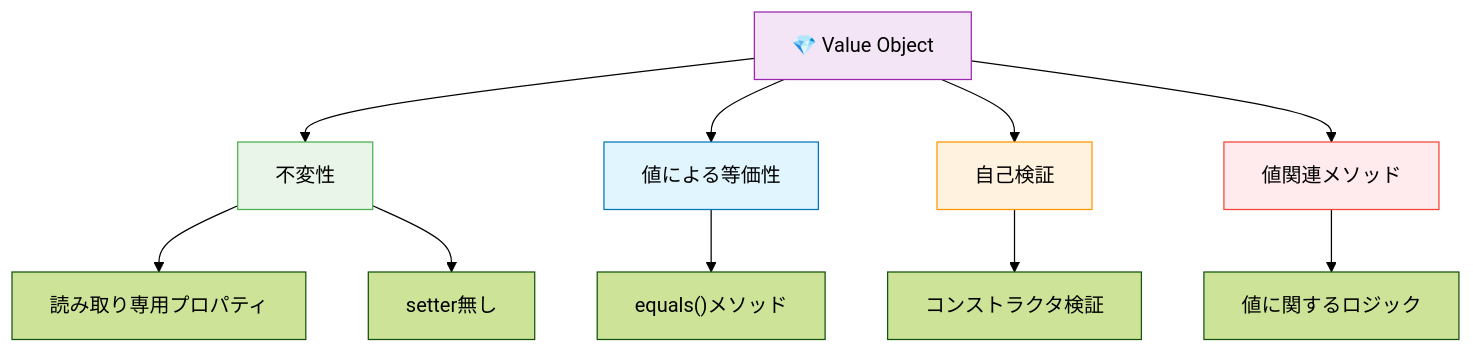
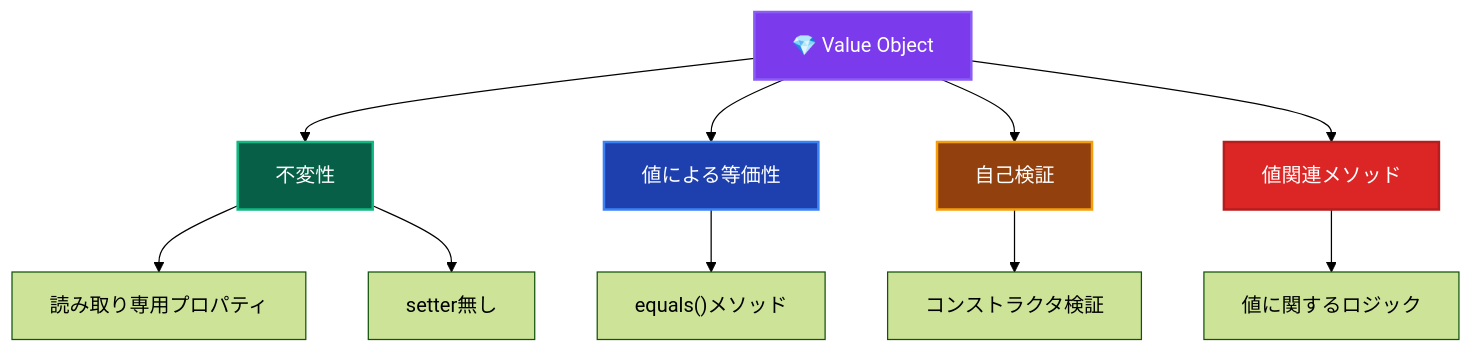
Before and after one commit to derushio/d-next-ddd-example: the diagram in _DOCS/guides/ddd/layers/components/value-objects.md, drawn with Mermaid (forest theme). The commit also changed 31 other files, not shown here.

Commit message:
🎨: DOCSのMermaid図表カラーテーマを暗色に統一し視認性を向上

````diff
--- a/_DOCS/guides/ddd/layers/components/value-objects.md
+++ b/_DOCS/guides/ddd/layers/components/value-objects.md
@@ -13,19 +13,19 @@
 ```mermaid
 graph TD
     VO["💎 Value Object"] --> IMMUTABLE["不変性"]
     VO --> EQUALITY["値による等価性"]
     VO --> VALIDATION["自己検証"]
     VO --> BEHAVIOR["値関連メソッド"]
     
     IMMUTABLE --> READONLY["読み取り専用プロパティ"]
     IMMUTABLE --> NO_SETTERS["setter無し"]
     EQUALITY --> EQUALS["equals()メソッド"]
     VALIDATION --> CONSTRUCTOR["コンストラクタ検証"]
     BEHAVIOR --> DOMAIN_LOGIC["値に関するロジック"]
     
-    style VO fill:#f3e5f5,stroke:#9c27b0
-    style IMMUTABLE fill:#e8f5e8,stroke:#4caf50
-    style EQUALITY fill:#e1f5fe,stroke:#0277bd
-    style VALIDATION fill:#fff3e0,stroke:#ff9800
-    style BEHAVIOR fill:#ffebee,stroke:#f44336
+    style VO fill:#7c3aed,stroke:#8b5cf6,stroke-width:2px,color:#ffffff
+    style IMMUTABLE fill:#065f46,stroke:#10b981,stroke-width:2px,color:#ffffff
+    style EQUALITY fill:#1e40af,stroke:#3b82f6,stroke-width:2px,color:#ffffff
+    style VALIDATION fill:#92400e,stroke:#f59e0b,stroke-width:2px,color:#ffffff
+    style BEHAVIOR fill:#dc2626,stroke:#b91c1c,stroke-width:2px,color:#ffffff
 ```
````
